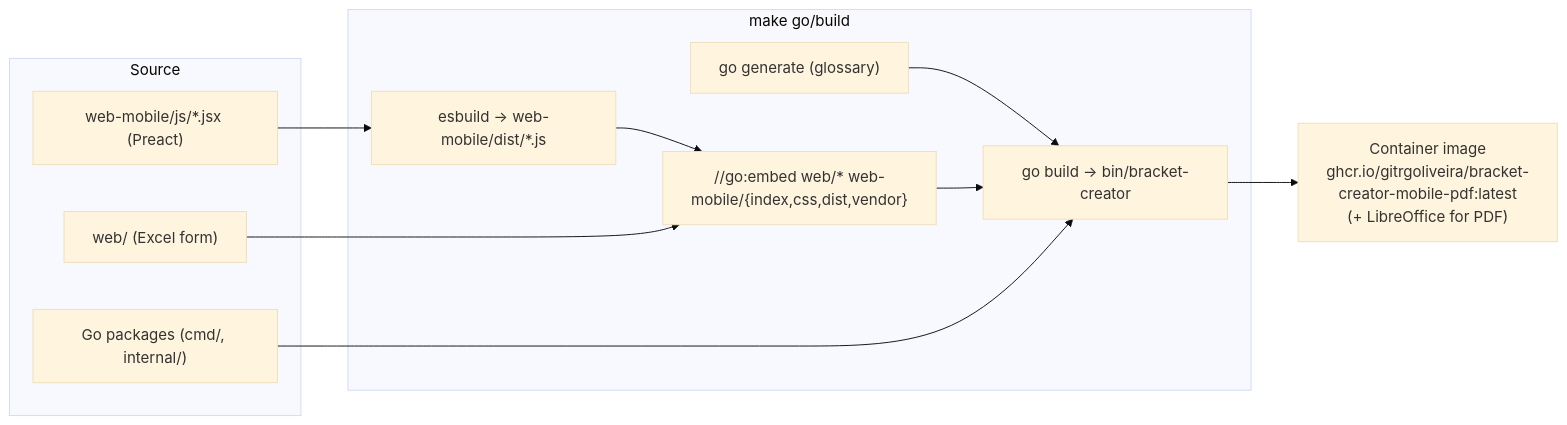
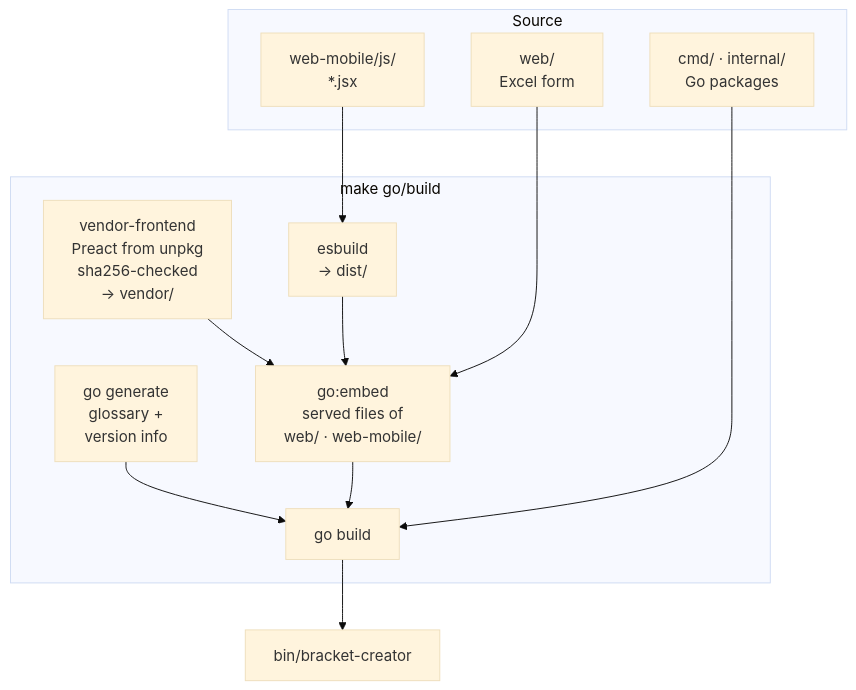
Before and after one commit to gitrgoliveira/bracket-creator: the first of 11 diagrams in docs/architecture/infrastructure-architecture.md, drawn with Mermaid (base theme). The commit also changed other lines of this file and 49 other files, not shown here.

First line of the commit message:
fix(bc-arch): one transaction for participant edits; WAL stale-log guard; architecture docs

````diff
--- a/docs/architecture/infrastructure-architecture.md
+++ b/docs/architecture/infrastructure-architecture.md
@@ -10,22 +12,25 @@
 ```mermaid
-flowchart LR
+flowchart TB
     subgraph src["Source"]
-        go["Go packages (cmd/, internal/)"]
-        jsx["web-mobile/js/*.jsx (Preact)"]
-        web["web/ (Excel form)"]
+        jsx["web-mobile/js/<br/>*.jsx"]
+        web["web/<br/>Excel form"]
+        go["cmd/ · internal/<br/>Go packages"]
     end
     subgraph build["make go/build"]
-        gen["go generate (glossary)"]
-        esbuild["esbuild → web-mobile/dist/*.js"]
-        embed["//go:embed web/* web-mobile/{index,css,dist,vendor}"]
-        gobuild["go build → bin/bracket-creator"]
+        vendor["vendor-frontend<br/>Preact from unpkg<br/>sha256-checked<br/>→ vendor/"]
+        esbuild["esbuild<br/>→ dist/"]
+        gen["go generate<br/>glossary +<br/>version info"]
+        embed["go:embed<br/>served files of<br/>web/ · web-mobile/"]
+        gobuild["go build"]
     end
-    img["Container image<br/>ghcr.io/gitrgoliveira/bracket-creator-mobile-pdf:latest<br/>(+ LibreOffice for PDF)"]
+    bin["bin/bracket-creator"]
 
+    vendor --> embed
+    vendor ~~~ gen
     jsx --> esbuild --> embed
     web --> embed
+    embed --> gobuild
     gen --> gobuild
-    embed --> gobuild
     go --> gobuild
-    gobuild --> img
+    gobuild --> bin
 ```
````
